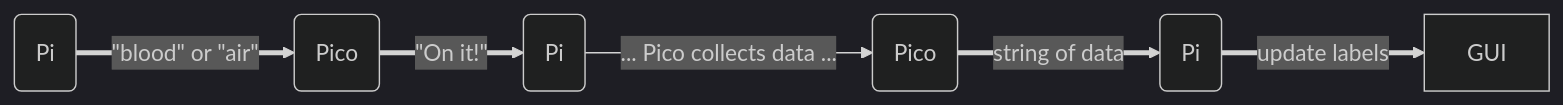
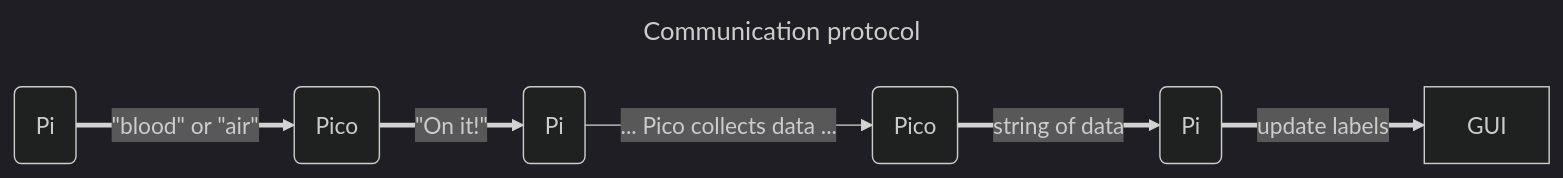
One commit to Toby-Sanders-101/Callywith_College_Raspberry_Pi_Competition_2024 changed the first of 2 diagrams in README.md. Above: the diagram before and after it, drawn with Mermaid (dark theme). The commit also changed other lines of this file, not shown here.

````diff
--- a/README.md
+++ b/README.md
@@ -88,4 +88,7 @@
 ```mermaid
+---
+title: Communication protocol
+---
 flowchart LR;
    A(Pi) ==>|&quot;blood&quot; or &quot;air&quot;| B(Pico) ==>|&quot;On it!&quot;| C(Pi) -->|... Pico collects data ...| E(Pico) ==>|string of data| F(Pi) ==>|update labels| G[GUI];
 ```
````
